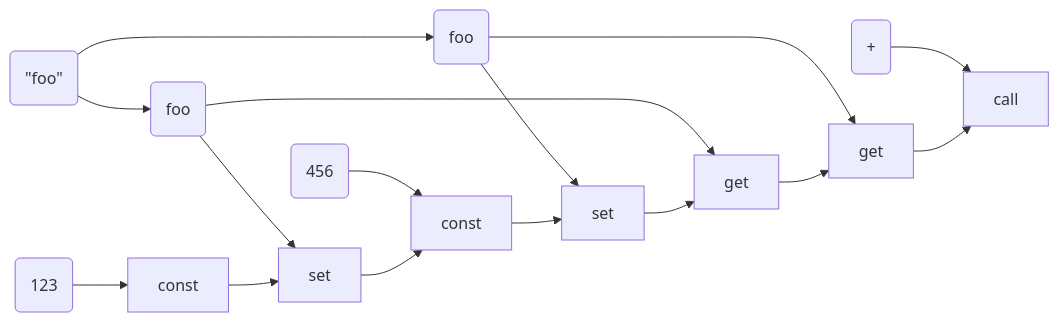
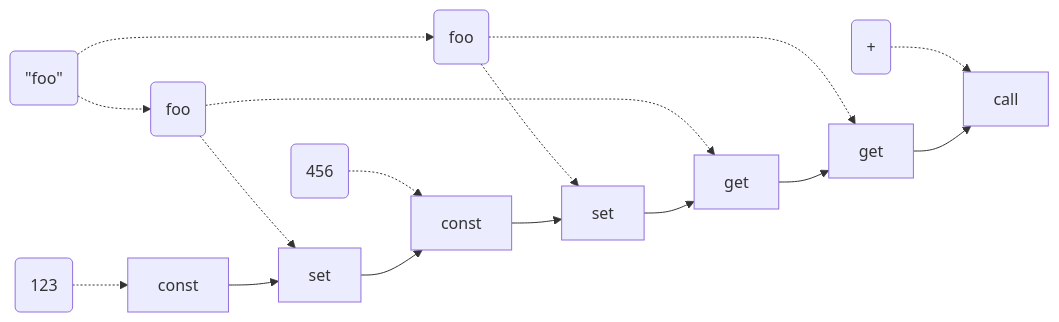
One commit to raviqqe/doc changed the diagram in slides/papers/stak-scheme/library-system.mmd. Above: the diagram before and after it, drawn with Mermaid.

```diff
--- a/slides/papers/stak-scheme/library-system.mmd
+++ b/slides/papers/stak-scheme/library-system.mmd
@@ -1,13 +1,13 @@
 flowchart LR
-  d0(123) --> c0
-  d1(456) --> c2
-  d2(#quot;foo#quot;) --> d3
-  d2 --> d4
-  d3(foo) --> c1
-  d3 --> c4
-  d4(foo) --> c3
-  d4 --> c5
-  d5(+) --> c6
+  d0(123) -.-> c0
+  d1(456) -.-> c2
+  d2(#quot;foo#quot;) -.-> d3
+  d2 -.-> d4
+  d3(foo) -.-> c1
+  d3 -.-> c4
+  d4(foo) -.-> c3
+  d4 -.-> c5
+  d5(+) -.-> c6
   c0[const] --> c1[set] --> c2
   c2[const] --> c3[set] --> c4
   c4[get] --> c5[get] --> c6[call]
```
